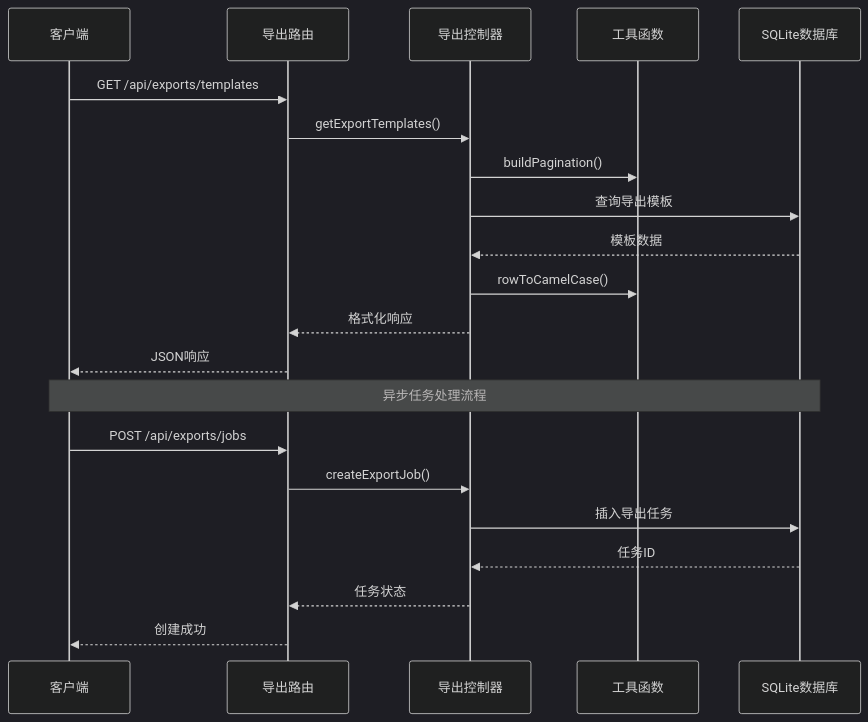
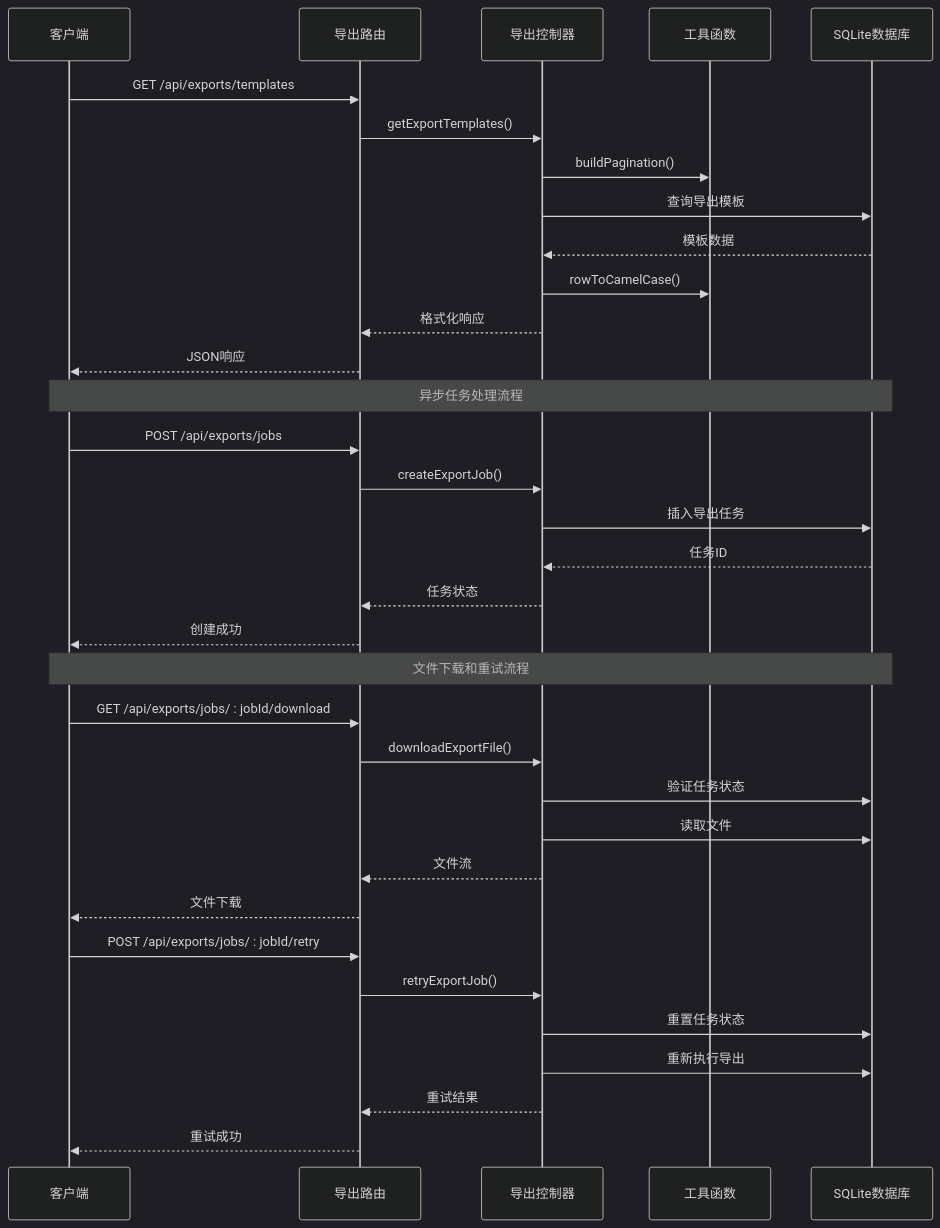
One commit to xpretycn/TingStudio changed the second of 10 diagrams in .qoder/repowiki/zh/content/后端开发指南/API 路由系统/导出路由模块.md. Above: the diagram before and after it, drawn with Mermaid (dark theme). The commit also changed other lines of this file and 56 other files, not shown here.

````diff
--- a/.qoder/repowiki/zh/content/后端开发指南/API 路由系统/导出路由模块.md
+++ b/.qoder/repowiki/zh/content/后端开发指南/API 路由系统/导出路由模块.md
@@ -103,23 +114,36 @@
 ```mermaid
 sequenceDiagram
 participant Client as 客户端
 participant Routes as 导出路由
 participant Controller as 导出控制器
 participant Helpers as 工具函数
 participant Database as SQLite数据库
 Client->>Routes : GET /api/exports/templates
 Routes->>Controller : getExportTemplates()
 Controller->>Helpers : buildPagination()
 Controller->>Database : 查询导出模板
 Database-->>Controller : 模板数据
 Controller->>Helpers : rowToCamelCase()
 Controller-->>Routes : 格式化响应
 Routes-->>Client : JSON响应
 Note over Client,Database : 异步任务处理流程
 Client->>Routes : POST /api/exports/jobs
 Routes->>Controller : createExportJob()
 Controller->>Database : 插入导出任务
 Database-->>Controller : 任务ID
 Controller-->>Routes : 任务状态
 Routes-->>Client : 创建成功
+Note over Client,Database : 文件下载和重试流程
+Client->>Routes : GET /api/exports/jobs/ : jobId/download
+Routes->>Controller : downloadExportFile()
+Controller->>Database : 验证任务状态
+Controller->>Database : 读取文件
+Controller-->>Routes : 文件流
+Routes-->>Client : 文件下载
+Client->>Routes : POST /api/exports/jobs/ : jobId/retry
+Routes->>Controller : retryExportJob()
+Controller->>Database : 重置任务状态
+Controller->>Database : 重新执行导出
+Controller-->>Routes : 重试结果
+Routes-->>Client : 重试成功
 ```
````
